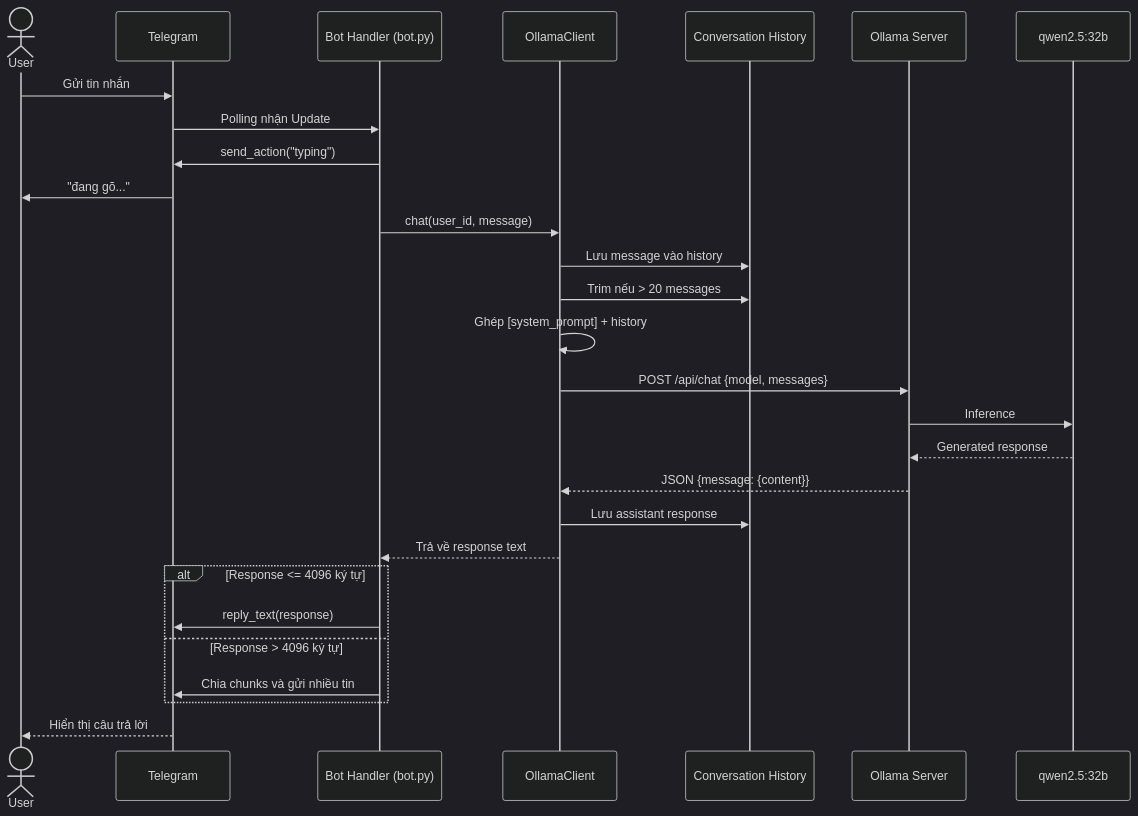
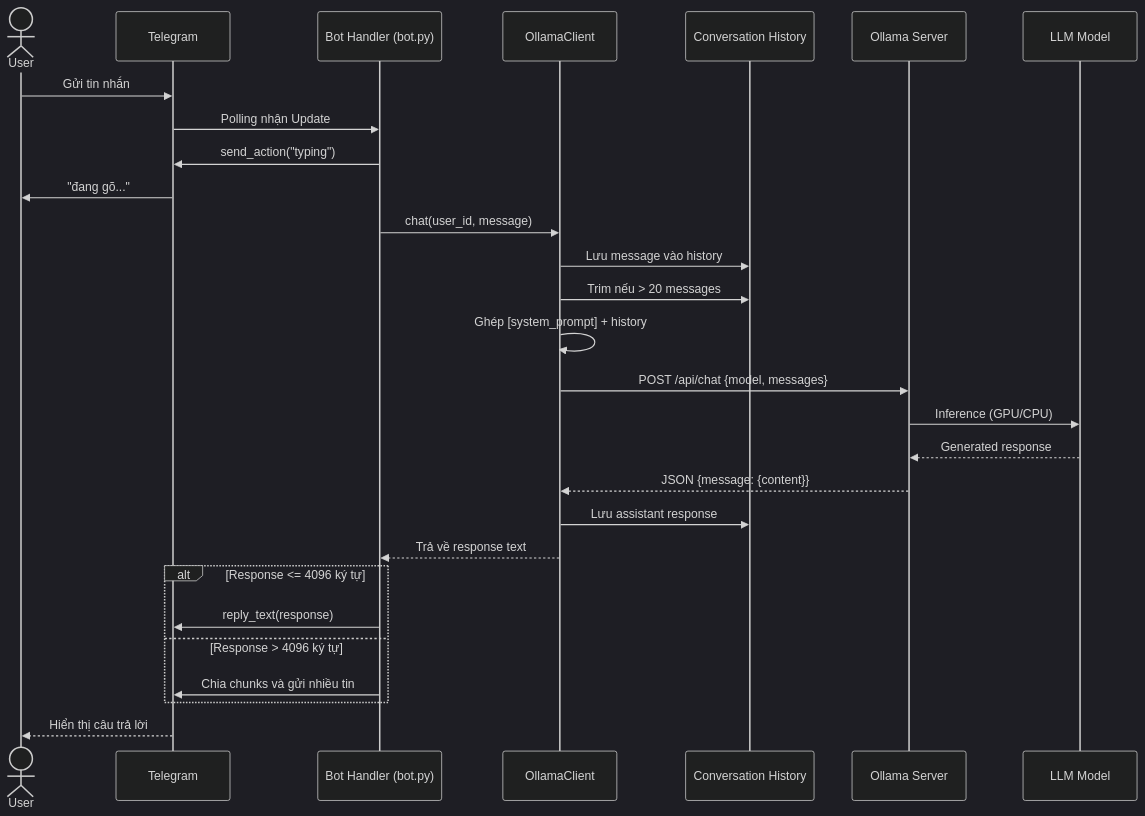
One commit to w0rkd4tt/openclaw-assistance changed the second of 3 diagrams in README.md. Above: the diagram before and after it, drawn with Mermaid (dark theme). The commit also changed other lines of this file, not shown here.

First line of the commit message:
Update README with hardware check, custom HuggingFace model, GPU docs

````diff
--- a/README.md
+++ b/README.md
@@ -84,36 +132,36 @@
 ```mermaid
 sequenceDiagram
     actor User as User
     participant TG as Telegram
     participant Bot as Bot Handler (bot.py)
     participant OC as OllamaClient
     participant History as Conversation History
     participant Ollama as Ollama Server
-    participant LLM as qwen2.5:32b
+    participant LLM as LLM Model
 
     User->>TG: Gửi tin nhắn
     TG->>Bot: Polling nhận Update
     Bot->>TG: send_action("typing")
     TG->>User: "đang gõ..."
 
     Bot->>OC: chat(user_id, message)
     OC->>History: Lưu message vào history
     OC->>History: Trim nếu > 20 messages
     OC->>OC: Ghép [system_prompt] + history
 
     OC->>Ollama: POST /api/chat {model, messages}
-    Ollama->>LLM: Inference
+    Ollama->>LLM: Inference (GPU/CPU)
     LLM-->>Ollama: Generated response
     Ollama-->>OC: JSON {message: {content}}
 
     OC->>History: Lưu assistant response
     OC-->>Bot: Trả về response text
 
     alt Response <= 4096 ký tự
         Bot->>TG: reply_text(response)
     else Response > 4096 ký tự
         Bot->>TG: Chia chunks và gửi nhiều tin
     end
 
     TG-->>User: Hiển thị câu trả lời
 ```
````
